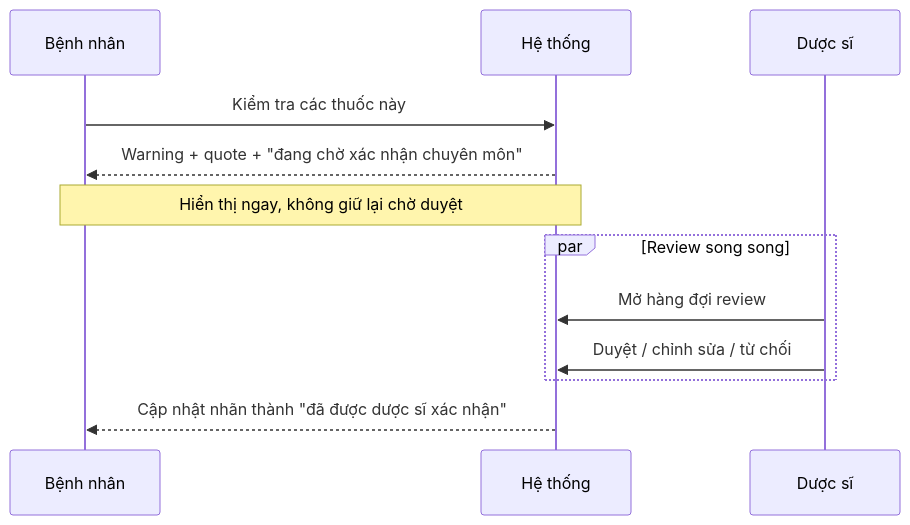
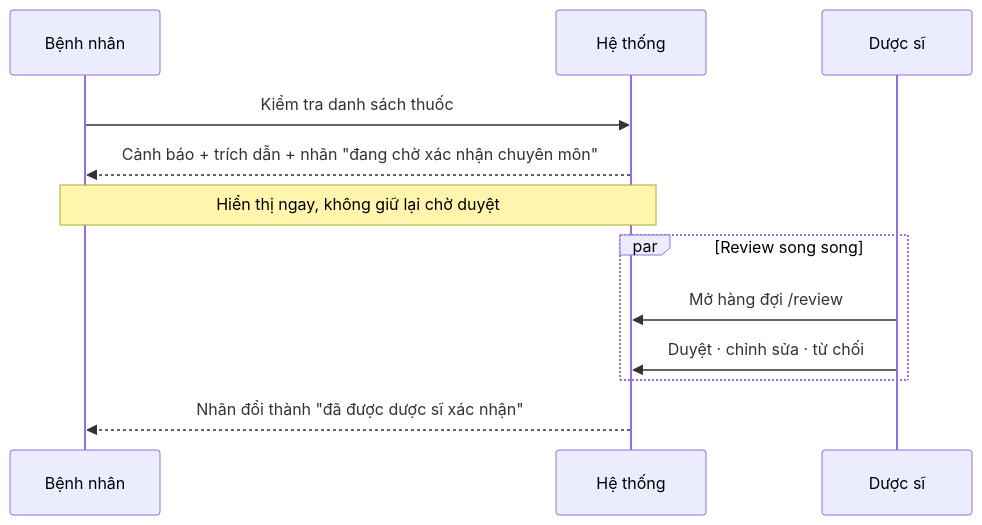
Before and after one commit to wallowxD/P054-MediGuard: the fifth of 8 diagrams in docs/architecture_diagram.md, drawn with Mermaid. The commit also changed other lines of this file and 9 other files, not shown here.

Commit message:
docs(VMEC-85): update architecture diagram

````diff
--- a/docs/architecture_diagram.md
+++ b/docs/architecture_diagram.md
@@ -97,15 +234,15 @@
 ```mermaid
 sequenceDiagram
     participant P as Bệnh nhân
     participant S as Hệ thống
     participant Ph as Dược sĩ
 
-    P->>S: Kiểm tra các thuốc này
-    S-->>P: Warning + quote + "đang chờ xác nhận chuyên môn"
+    P->>S: Kiểm tra danh sách thuốc
+    S-->>P: Cảnh báo + trích dẫn + nhãn "đang chờ xác nhận chuyên môn"
     Note over P,S: Hiển thị ngay, không giữ lại chờ duyệt
     par Review song song
-        Ph->>S: Mở hàng đợi review
-        Ph->>S: Duyệt / chỉnh sửa / từ chối
+        Ph->>S: Mở hàng đợi /review
+        Ph->>S: Duyệt · chỉnh sửa · từ chối
     end
-    S-->>P: Cập nhật nhãn thành "đã được dược sĩ xác nhận"
+    S-->>P: Nhãn đổi thành "đã được dược sĩ xác nhận"
 ```
````
